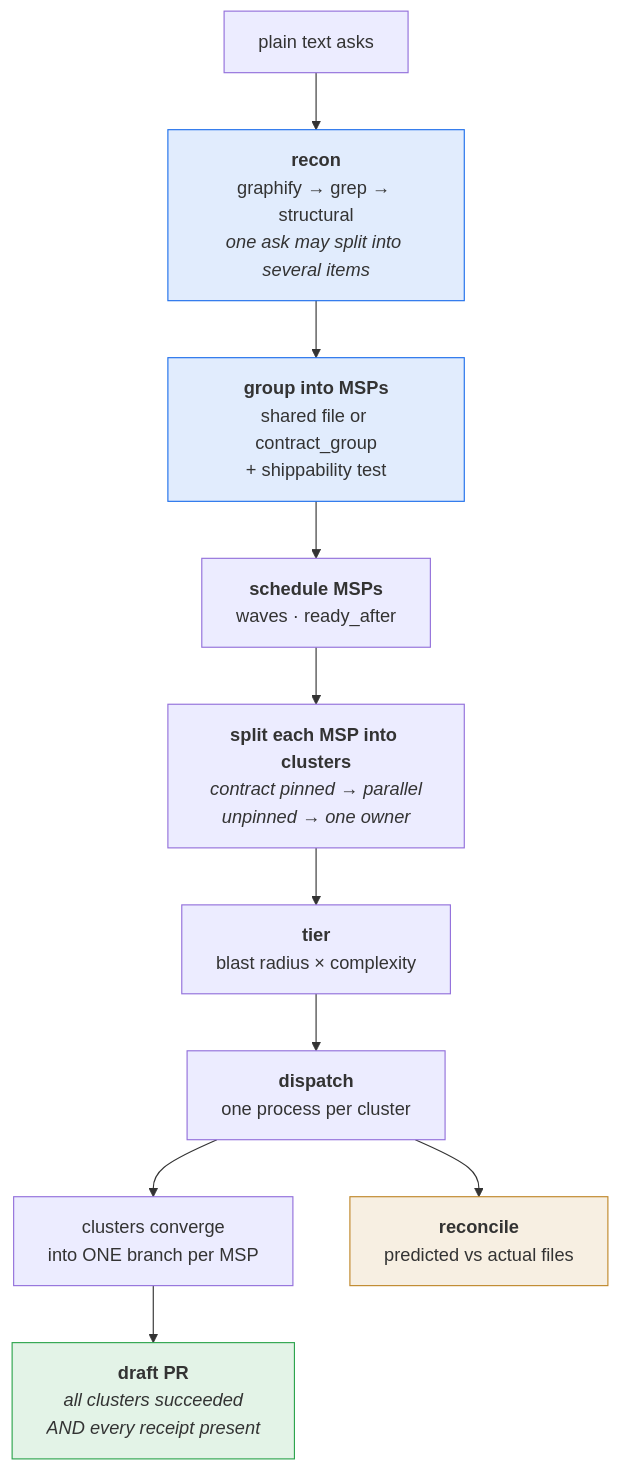
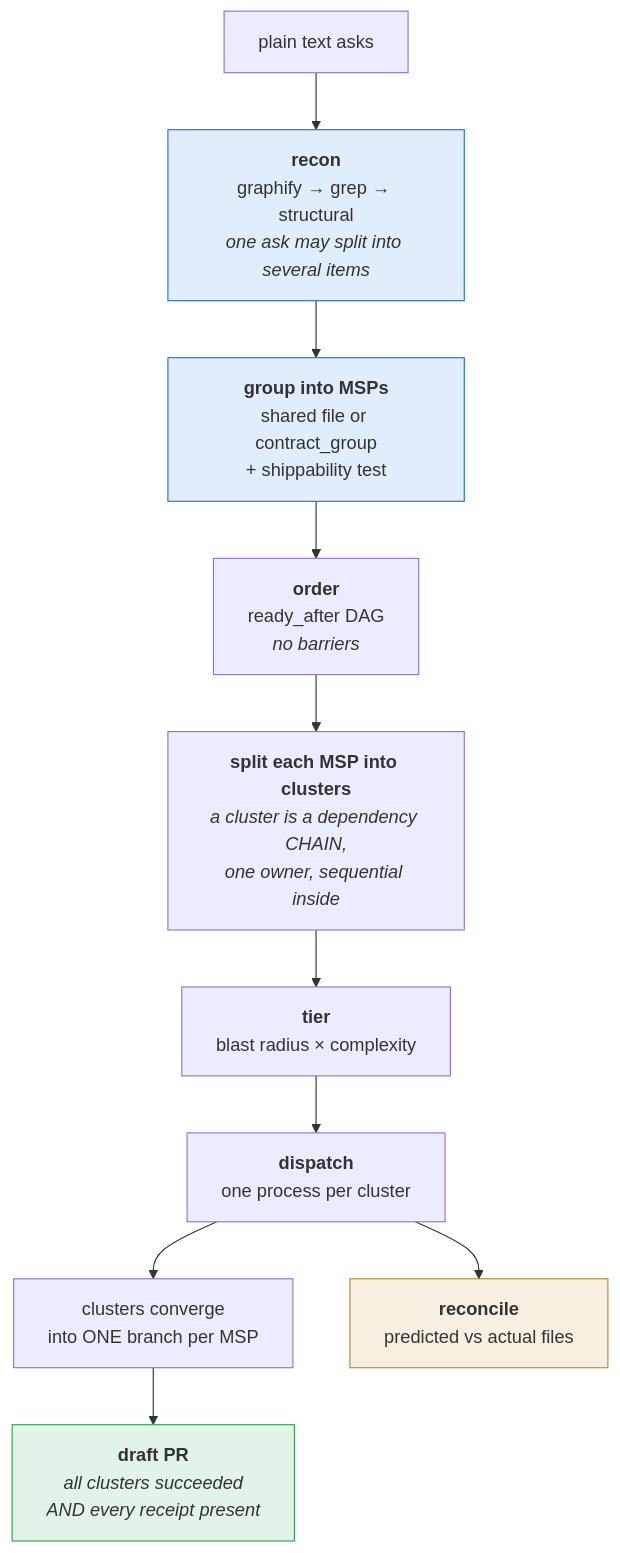
One commit to shaheershoaib/fanout changed the diagram in SPEC.md. Above: the diagram before and after it, drawn with Mermaid. The commit also changed other lines of this file, not shown here.

First line of the commit message:
docs(spec): drop barriers - a cluster is a dependency chain with one owner

````diff
--- a/SPEC.md
+++ b/SPEC.md
@@ -55,17 +55,17 @@
 ```mermaid
 flowchart TB
   A["plain text asks"] --> R["<b>recon</b><br/>graphify → grep → structural<br/><i>one ask may split into several items</i>"]
   R --> G["<b>group into MSPs</b><br/>shared file or contract_group<br/>+ shippability test"]
-  G --> W["<b>schedule MSPs</b><br/>waves · ready_after"]
-  W --> S["<b>split each MSP into clusters</b><br/><i>contract pinned → parallel<br/>unpinned → one owner</i>"]
+  G --> W["<b>order</b><br/>ready_after DAG<br/><i>no barriers</i>"]
+  W --> S["<b>split each MSP into clusters</b><br/><i>a cluster is a dependency CHAIN,<br/>one owner, sequential inside</i>"]
   S --> T["<b>tier</b><br/>blast radius × complexity"]
   T --> D["<b>dispatch</b><br/>one process per cluster"]
   D --> B["clusters converge<br/>into ONE branch per MSP"]
   B --> P["<b>draft PR</b><br/><i>all clusters succeeded<br/>AND every receipt present</i>"]
   D --> C["<b>reconcile</b><br/>predicted vs actual files"]
 
   style R fill:#1f6feb22,stroke:#1f6feb
   style G fill:#1f6feb22,stroke:#1f6feb
   style P fill:#2da44e22,stroke:#2da44e
   style C fill:#bf872922,stroke:#bf8729
 ```
````
